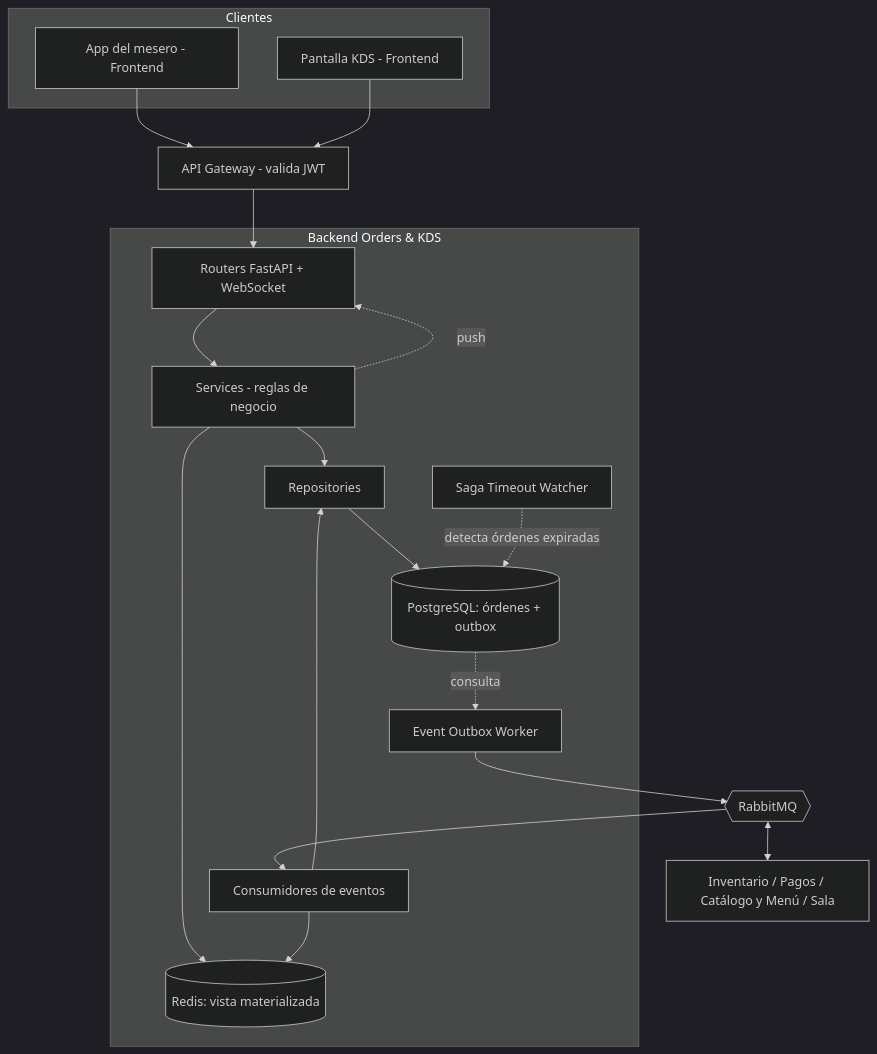
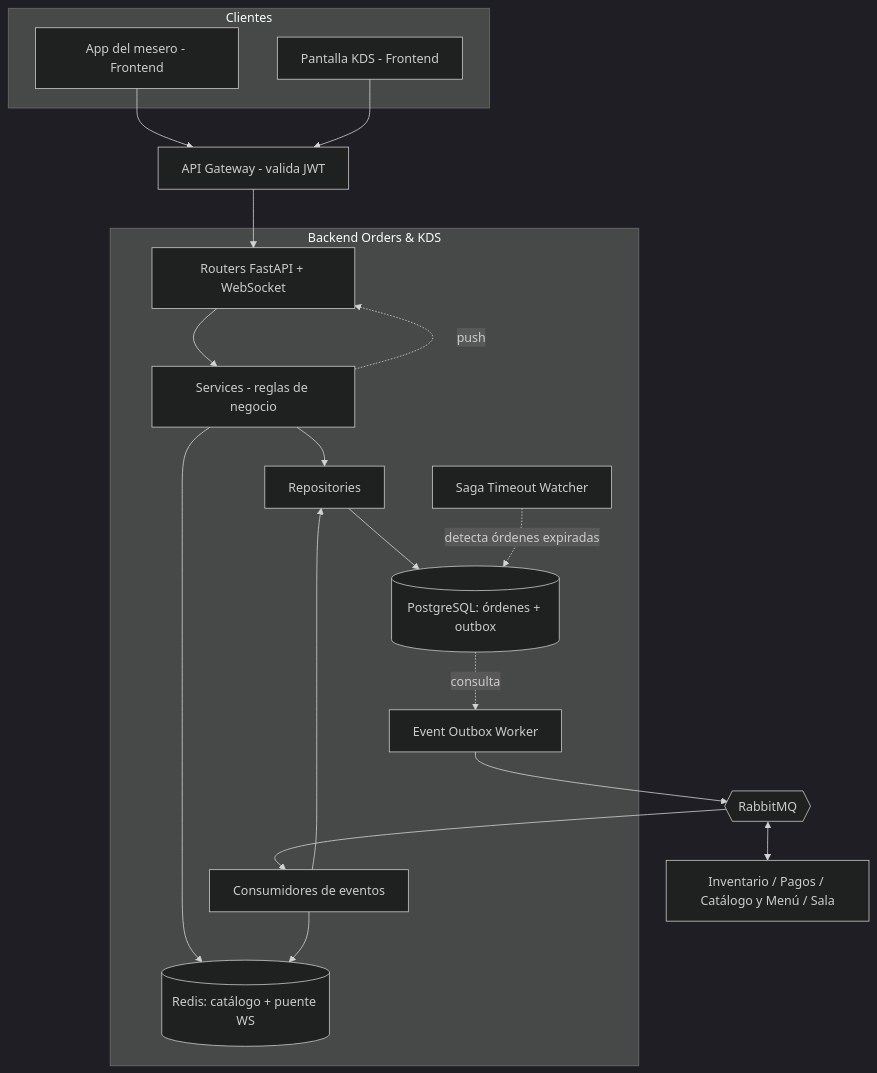
Before and after one commit to FMAT-Restaurant/OrdersKDS-Backend: the third of 4 diagrams in README.md, drawn with Mermaid (dark theme). The commit also changed other lines of this file and 6 other files, not shown here.

````diff
--- a/README.md
+++ b/README.md
@@ -480,35 +486,35 @@
 ```mermaid
 flowchart TB
     subgraph Clientes
         W[App del mesero - Frontend]
         K[Pantalla KDS - Frontend]
     end
 
     GW[API Gateway - valida JWT]
 
     subgraph OrdersKDS["Backend Orders & KDS"]
         API[Routers FastAPI + WebSocket]
         SVC[Services - reglas de negocio]
         REPO[Repositories]
         DB[(PostgreSQL: órdenes + outbox)]
-        CACHE[(Redis: vista materializada)]
+        CACHE[(Redis: catálogo + puente WS)]
         WORKER[Event Outbox Worker]
         CONS[Consumidores de eventos]
         WATCH[Saga Timeout Watcher]
     end
 
     BROKER{{RabbitMQ}}
     OTHERS[Inventario / Pagos / Catálogo y Menú / Sala]
 
     W --> GW
     K --> GW
     GW --> API
     API --> SVC --> REPO --> DB
     SVC --> CACHE
     DB -.consulta.-> WORKER --> BROKER
     BROKER --> CONS --> REPO
     CONS --> CACHE
     WATCH -.detecta órdenes expiradas.-> DB
     BROKER <--> OTHERS
     SVC -.push.-> API
 ```
````
